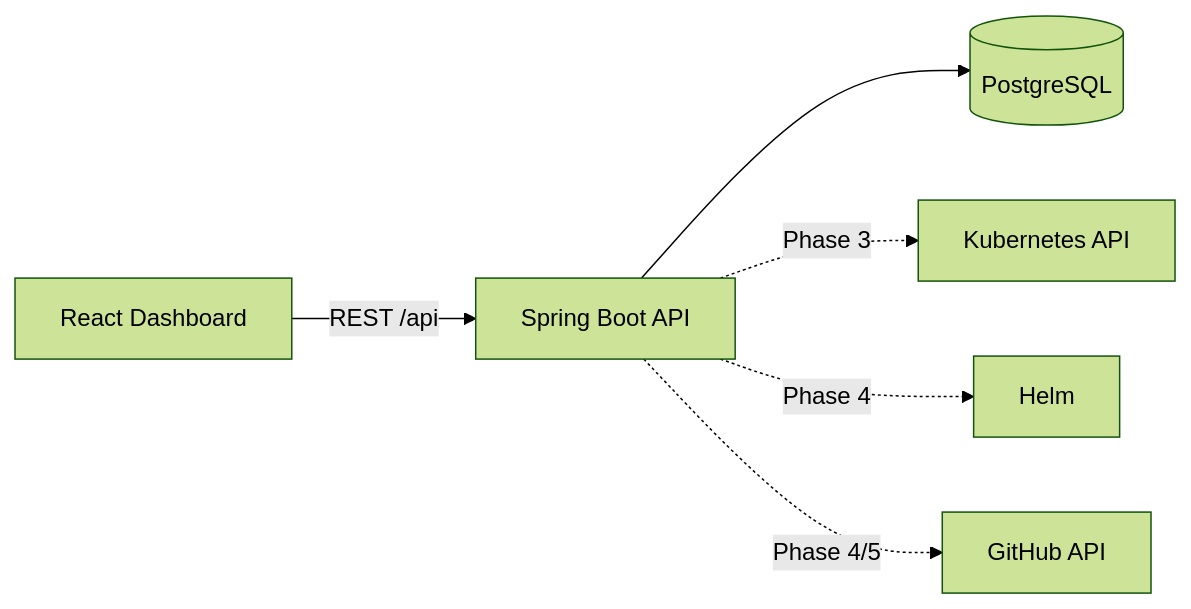
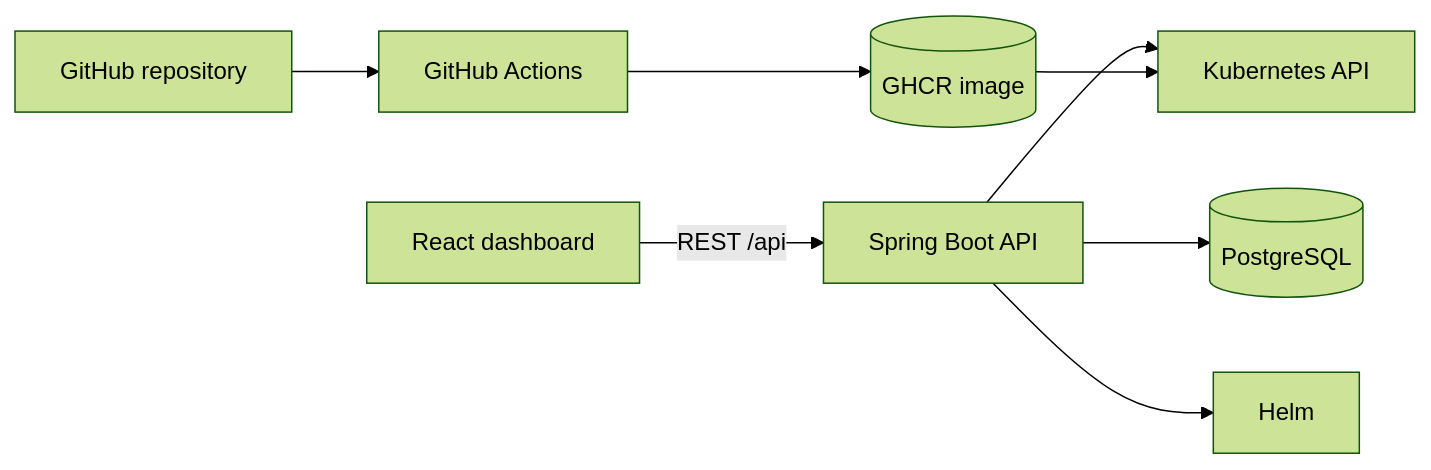
One commit to paul-pti/DeployKit changed the diagram in README.md. Above: the diagram before and after it, drawn with Mermaid (forest theme). The commit also changed other lines of this file and 6 other files, not shown here.

Commit message:
feat: update documentation with API reference, configuration details, deployment engine, local Kubernetes setup, testing procedures, and troubleshooting guide

````diff
--- a/README.md
+++ b/README.md
@@ -118,8 +16,9 @@
 ```mermaid
 flowchart LR
-    UI[React Dashboard] -->|REST /api| API[Spring Boot API]
+    UI[React dashboard] -->|REST /api| API[Spring Boot API]
     API --> PG[(PostgreSQL)]
-    API -.->|Phase 3| K8S[Kubernetes API]
-    API -.->|Phase 4| HELM[Helm]
-    API -.->|Phase 4/5| GH[GitHub API]
+    API --> K8S[Kubernetes API]
+    API --> HELM[Helm]
+    GH[GitHub repository] --> GHA[GitHub Actions] --> GHCR[(GHCR image)]
+    GHCR --> K8S
 ```
````
